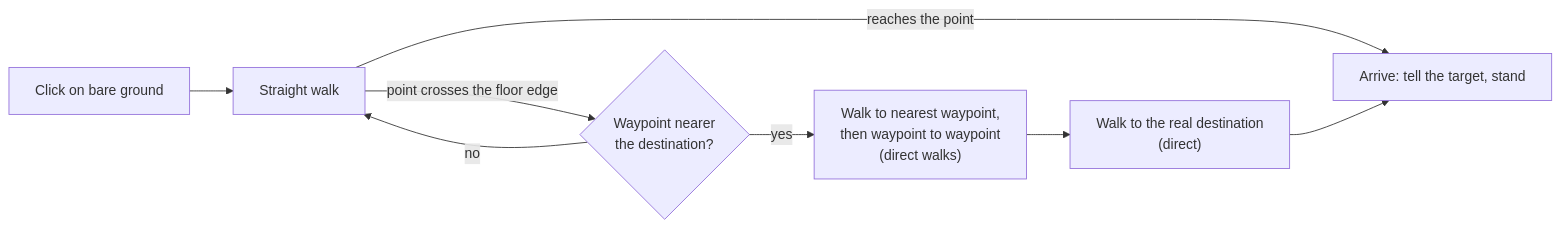
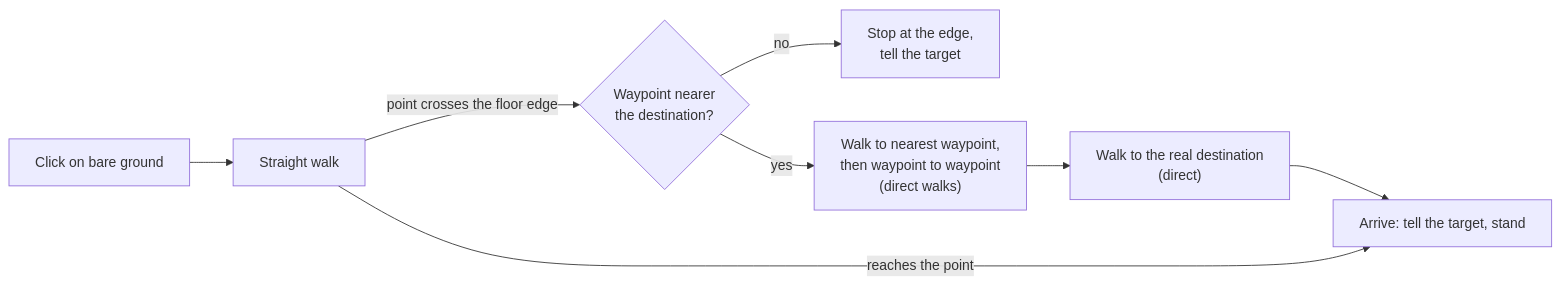
The ninth of 10 diagrams in re/SUBSYSTEMS.md (kelmer44/tesoro-stuff), drawn with Mermaid before and after one commit. The commit also changed other lines of this file, not shown here.

````diff
--- a/re/SUBSYSTEMS.md
+++ b/re/SUBSYSTEMS.md
@@ -729,10 +730,10 @@
 ```mermaid
 flowchart LR
     A["Click on bare ground"] --> B["Straight walk"]
     B -->|"point crosses the floor edge"| C{"Waypoint nearer<br/>the destination?"}
-    C -->|no| B
+    C -->|no| G["Stop at the edge,<br/>tell the target"]
     C -->|yes| D["Walk to nearest waypoint,<br/>then waypoint to waypoint<br/>(direct walks)"]
     D --> E["Walk to the real destination<br/>(direct)"]
     B -->|"reaches the point"| F["Arrive: tell the target, stand"]
     E --> F
 ```
````
